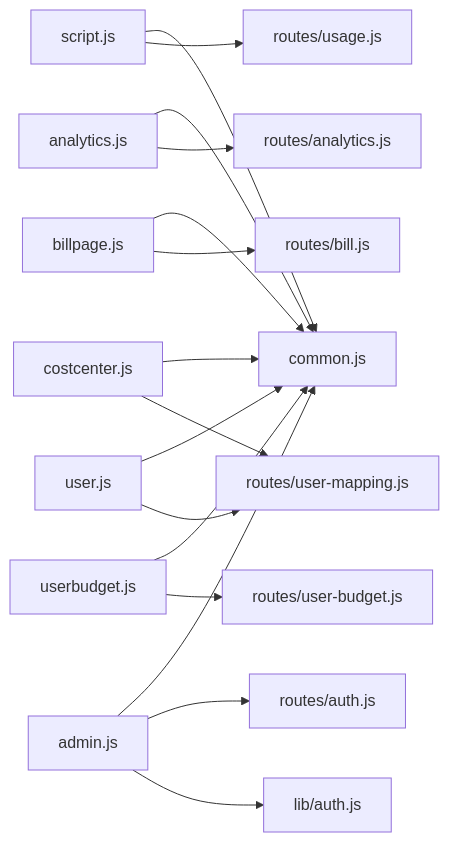
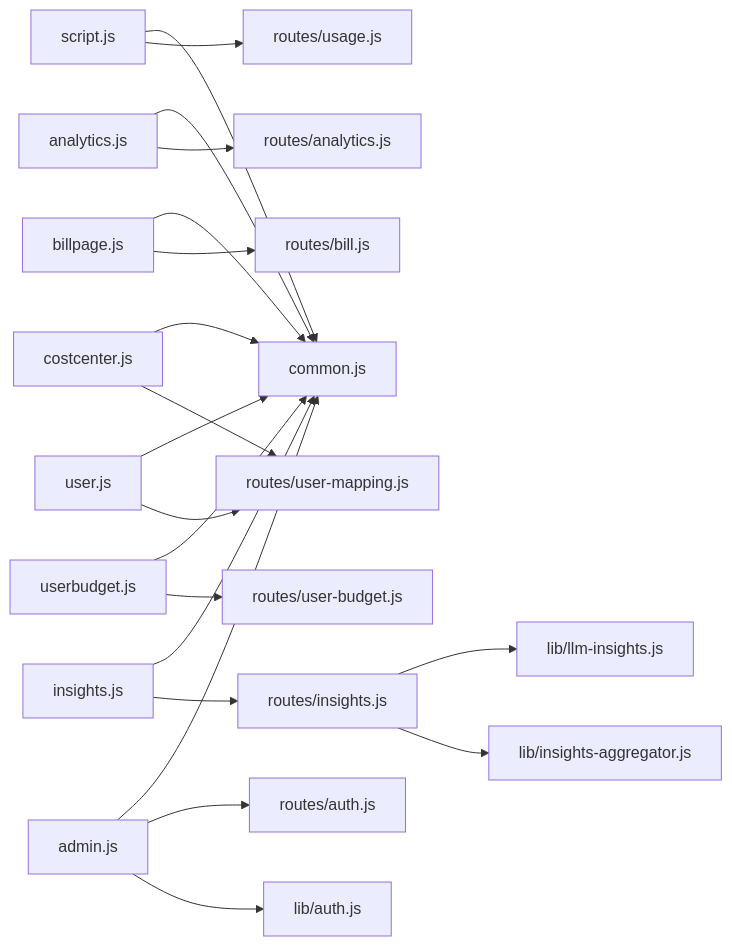
One commit to kissingwolf/CopilotEnterpriseUsageDisplay changed diagram 11 of 11 in .qoder/repowiki/zh/content/前端页面/前端页面.md. Above: the diagram before and after it, drawn with Mermaid. The commit also changed other lines of this file and 4 other files, not shown here.

Commit message:
docs(wiki): update repowiki with LLM insights system and related module docs

````diff
--- a/.qoder/repowiki/zh/content/前端页面/前端页面.md
+++ b/.qoder/repowiki/zh/content/前端页面/前端页面.md
@@ -524,18 +597,22 @@
 ```mermaid
 graph LR
 Script["script.js"] --> Common["common.js"]
 Analytics["analytics.js"] --> Common
 Bill["billpage.js"] --> Common
 Cost["costcenter.js"] --> Common
 User["user.js"] --> Common
 UserBudget["userbudget.js"] --> Common
+Insights["insights.js"] --> Common
 Admin["admin.js"] --> Common
 Script --> UsageRoute["routes/usage.js"]
 Analytics --> AnalyticsRoute["routes/analytics.js"]
 Bill --> BillRoute["routes/bill.js"]
 Cost --> UserMappingRoute["routes/user-mapping.js"]
 User --> UserMappingRoute
 UserBudget --> UserBudgetRoute["routes/user-budget.js"]
+Insights --> InsightsRoute["routes/insights.js"]
 Admin --> AuthRoute["routes/auth.js"]
 Admin --> LibAuth["lib/auth.js"]
+InsightsRoute --> LLM["lib/llm-insights.js"]
+InsightsRoute --> Aggregator["lib/insights-aggregator.js"]
 ```
````
